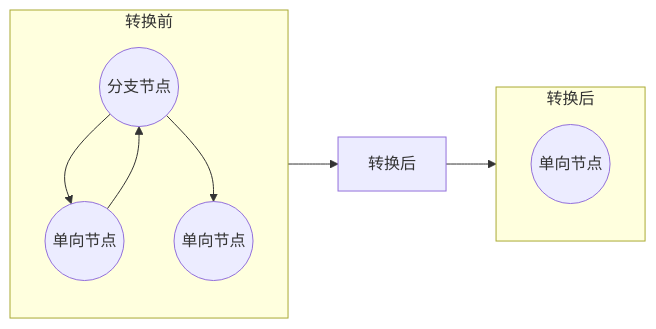
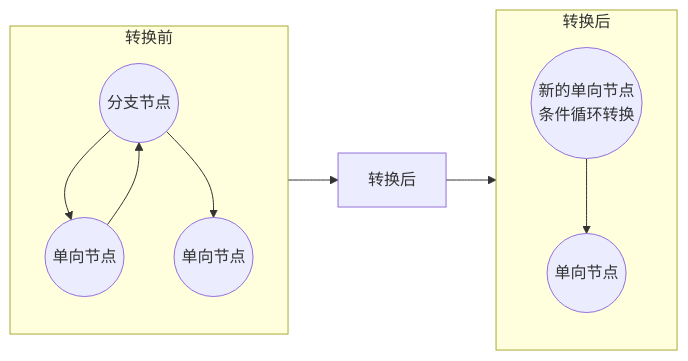
Diagram 19 of 22 in 控制流节点合并说明文档.md (jsCrack8/JavaScript-Deobfuscator), drawn with Mermaid before and after one commit. The commit also changed other lines of this file, not shown here.

````diff
--- a/控制流节点合并说明文档.md
+++ b/控制流节点合并说明文档.md
@@ -397,18 +406,20 @@
 ```mermaid
 flowchart LR
   subgraph L9["转换前"]
     direction TB
     A9(("分支节点"))
     B9(("单向节点"))
     C9(("单向节点"))
     A9 --> B9
     A9 --> C9
     B9 --> A9
   end
-  C9 --> X9["转换后"]
+  X9["转换后"]
   subgraph R9["转换后"]
     direction TB
-    D9(("单向节点"))
+    D9(("新的单向节点<br/>条件循环转换"))
+    E9(("单向节点"))
+    D9 --> E9
   end
-  X9 --> D9
+  L9 --> X9 --> R9
 ```
````
